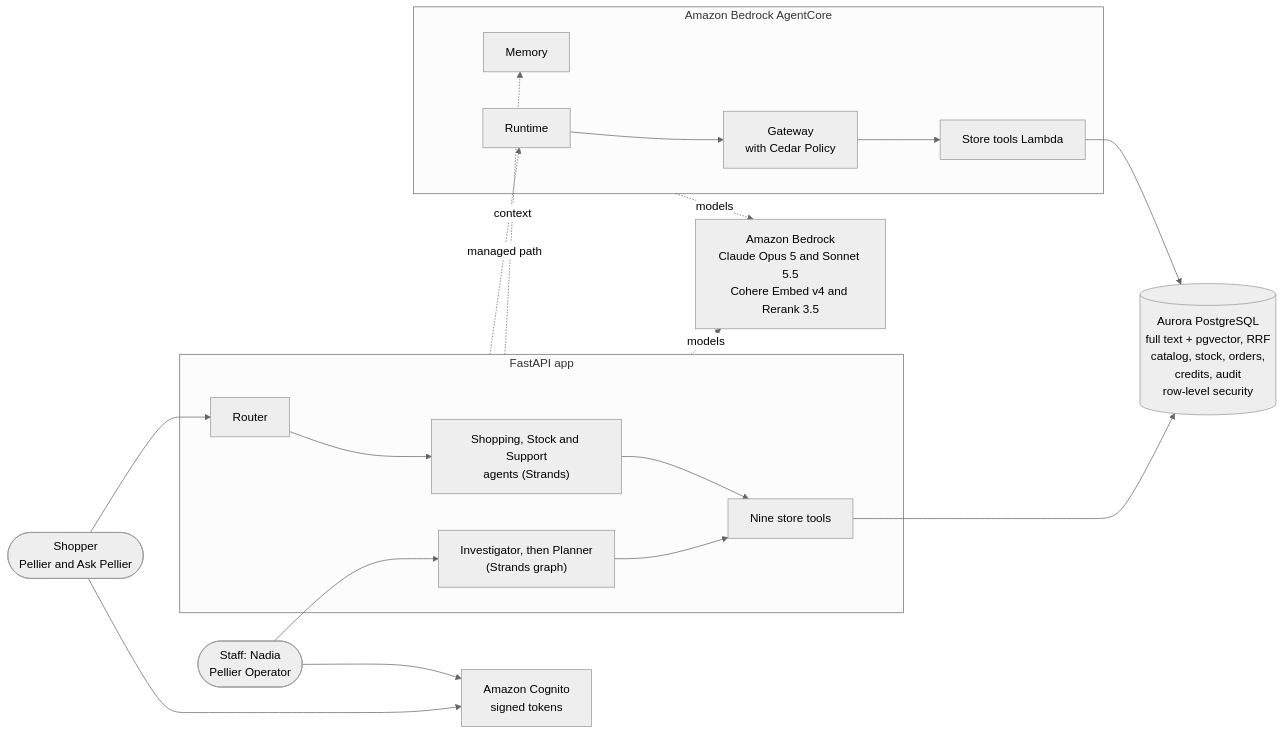
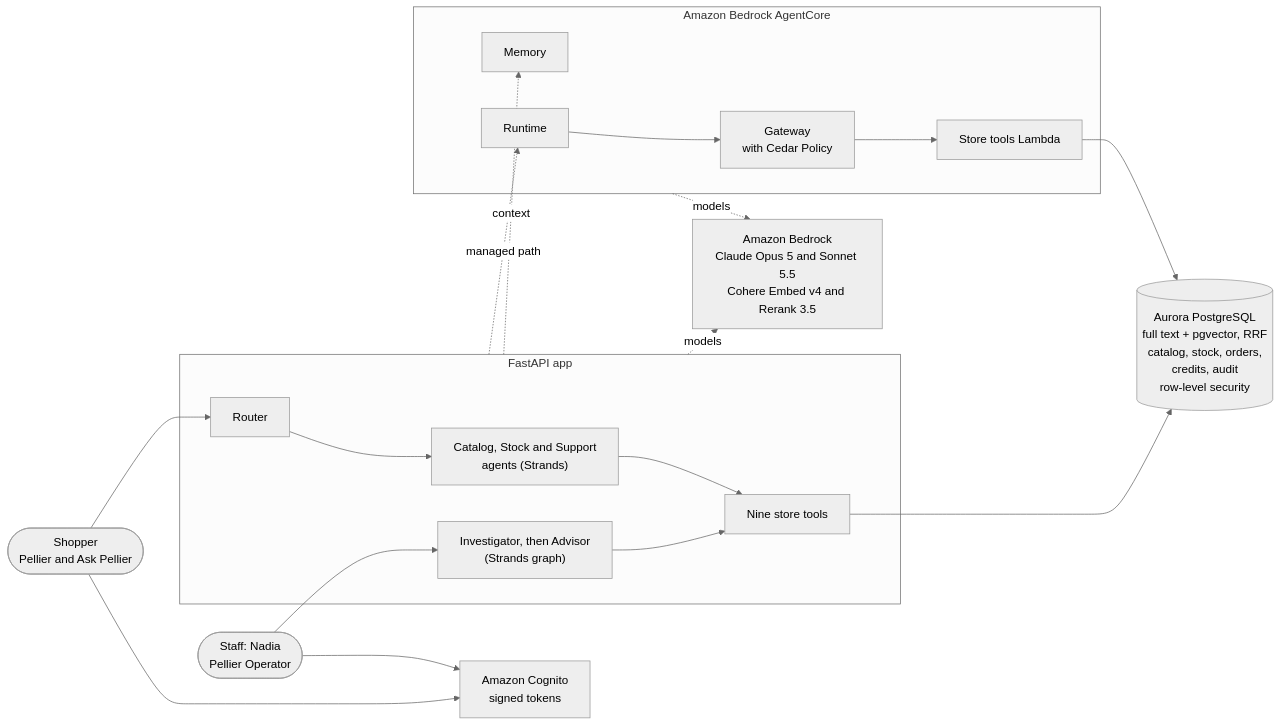
The diagram in README.md (aws-samples/sample-pellier-agentic-search-apg), drawn with Mermaid (neutral theme) before and after one commit. The commit also changed other lines of this file and 68 other files, not shown here.

First line of the commit message:
Rename the Shopping agent to Catalog and the Planner to Advisor

````diff
--- a/README.md
+++ b/README.md
@@ -31,33 +31,33 @@
 ```mermaid
 flowchart LR
   shopper(["Shopper<br/>Pellier and Ask Pellier"])
   staff(["Staff: Nadia<br/>Pellier Operator"])
   cognito["Amazon Cognito<br/>signed tokens"]
 
   subgraph app["FastAPI app"]
     router["Router"]
-    agents["Shopping, Stock and Support<br/>agents (Strands)"]
-    investigation["Investigator, then Planner<br/>(Strands graph)"]
+    agents["Catalog, Stock and Support<br/>agents (Strands)"]
+    investigation["Investigator, then Advisor<br/>(Strands graph)"]
     tools["Nine store tools"]
   end
 
   subgraph agentcore["Amazon Bedrock AgentCore"]
     runtime["Runtime"]
     gateway["Gateway<br/>with Cedar Policy"]
     lambda["Store tools Lambda"]
     memory["Memory"]
   end
 
   bedrock["Amazon Bedrock<br/>Claude Opus 5 and Sonnet 5.5<br/>Cohere Embed v4 and Rerank 3.5"]
   aurora[("Aurora PostgreSQL<br/>full text + pgvector, RRF<br/>catalog, stock, orders,<br/>credits, audit<br/>row-level security")]
 
   shopper --> cognito
   staff --> cognito
   shopper --> router --> agents --> tools
   staff --> investigation --> tools
   tools --> aurora
   app -. managed path .-> runtime --> gateway --> lambda --> aurora
   app -. context .-> memory
   app -. models .-> bedrock
   agentcore -. models .-> bedrock
 ```
````
